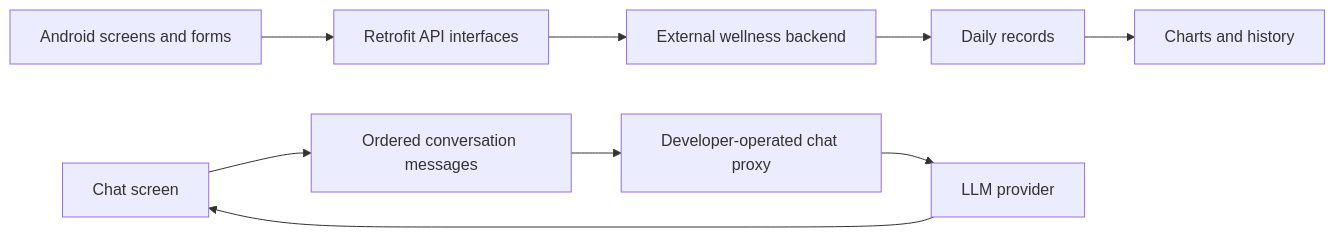
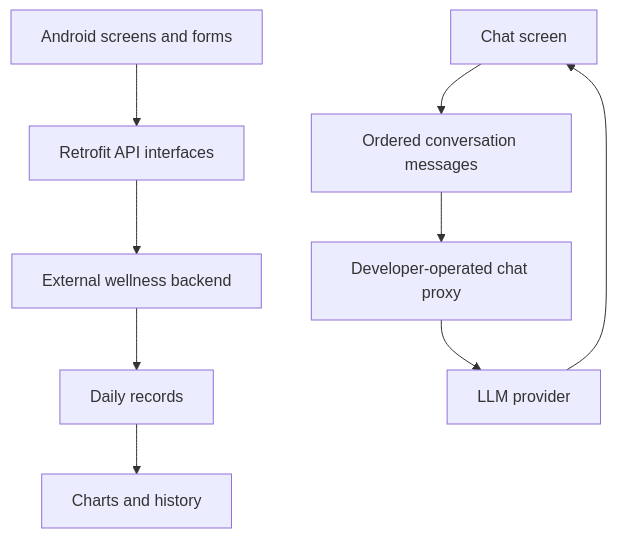
The diagram in README.md (jimmy19981226/CalmCloud), drawn with Mermaid before and after one commit.

Commit message:
Improve README layout at narrow content widths

````diff
--- a/README.md
+++ b/README.md
@@ -32,11 +32,11 @@
 ```mermaid
-flowchart LR
+flowchart TB
     U[Android screens and forms] --> R[Retrofit API interfaces]
     R --> B[External wellness backend]
     B --> D[Daily records]
     D --> V[Charts and history]
     C[Chat screen] --> H[Ordered conversation messages]
     H --> P[Developer-operated chat proxy]
     P --> L[LLM provider]
     L --> C
 ```
````
